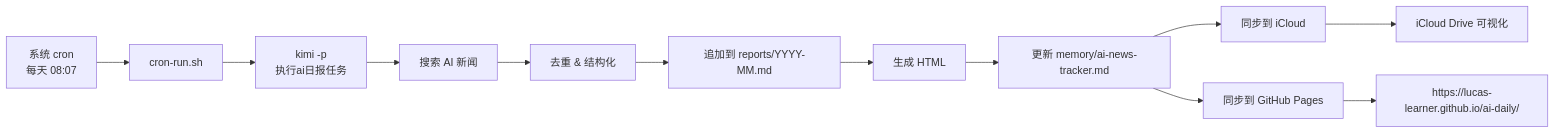
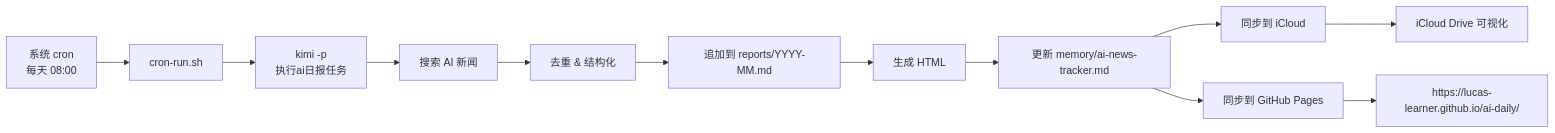
One commit to Lucas-learner/ai-daily changed the diagram in README.md. Above: the diagram before and after it, drawn with Mermaid. The commit also changed other lines of this file and 1 other file, not shown here.

Commit message:
chore: 日报 cron 时间改为每天 08:00（与时间窗起点对齐）

````diff
--- a/README.md
+++ b/README.md
@@ -9,14 +9,14 @@
 ```mermaid
 flowchart LR
-    A[系统 cron<br/>每天 08:07] --> B[cron-run.sh]
+    A[系统 cron<br/>每天 08:00] --> B[cron-run.sh]
     B --> C[kimi -p<br/>执行ai日报任务]
     C --> D[搜索 AI 新闻]
     D --> E[去重 & 结构化]
     E --> F[追加到 reports/YYYY-MM.md]
     F --> G[生成 HTML]
     G --> H[更新 memory/ai-news-tracker.md]
     H --> I[同步到 iCloud]
     H --> J[同步到 GitHub Pages]
     I --> K[iCloud Drive 可视化]
     J --> L[https://lucas-learner.github.io/ai-daily/]
 ```
````
